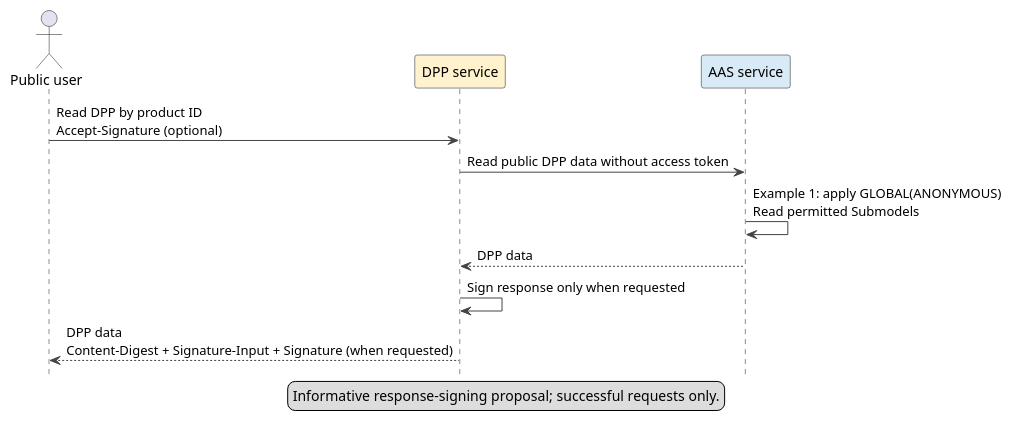
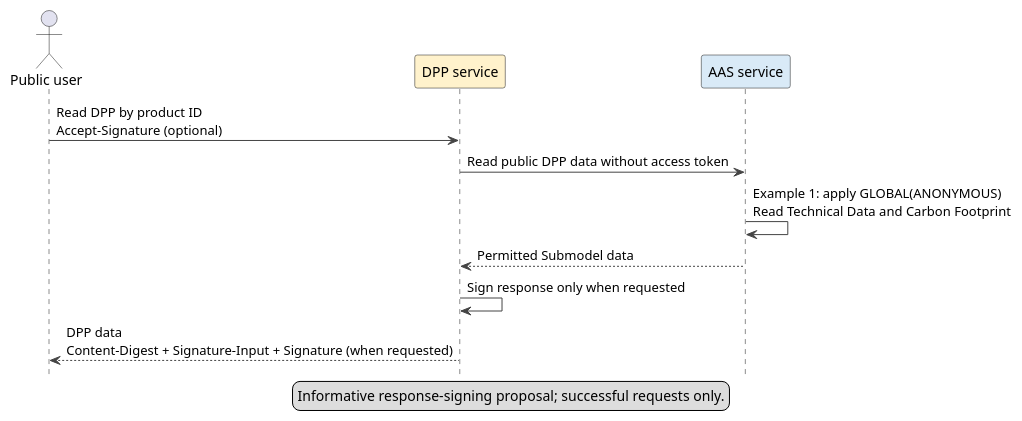
One commit to Martin187187/aas-specs-security changed the diagram in documentation/IDTA-01004/modules/ROOT/partials/diagrams/dpp-public-read.puml. Above: the diagram before and after it, drawn with PlantUML. The commit also changed 4 other files, not shown here.

```diff
--- a/documentation/IDTA-01004/modules/ROOT/partials/diagrams/dpp-public-read.puml
+++ b/documentation/IDTA-01004/modules/ROOT/partials/diagrams/dpp-public-read.puml
@@ -1,23 +1,23 @@
 @startuml
 ' Copyright (c) 2026 Industrial Digital Twin Association
 ' SPDX-License-Identifier: CC-BY-4.0
 
 skinparam shadowing false
 skinparam ArrowColor #444444
 hide footbox
 
 legend bottom
   Informative response-signing proposal; successful requests only.
 endlegend
 
 actor "Public user" as User
 participant "DPP service" as DPP #FFF2CC
 participant "AAS service" as AAS #D9EAF7
 
 User -> DPP : Read DPP by product ID\nAccept-Signature (optional)
 DPP -> AAS : Read public DPP data without access token
-AAS -> AAS : Example 1: apply GLOBAL(ANONYMOUS)\nRead permitted Submodels
-AAS --> DPP : DPP data
+AAS -> AAS : Example 1: apply GLOBAL(ANONYMOUS)\nRead Technical Data and Carbon Footprint
+AAS --> DPP : Permitted Submodel data
 DPP -> DPP : Sign response only when requested
 DPP --> User : DPP data\nContent-Digest + Signature-Input + Signature (when requested)
 @enduml
```
